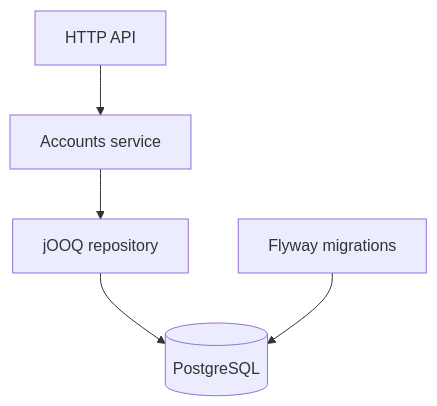
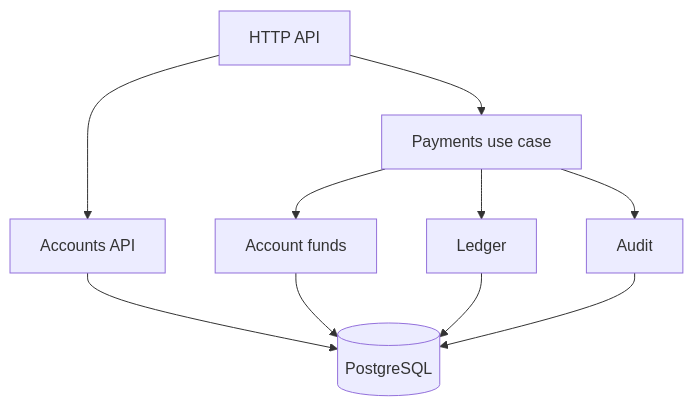
One commit to Danylo16/sentinel-payment-fraud-engine changed the diagram in README.md. Above: the diagram before and after it, drawn with Mermaid. The commit also changed other lines of this file and 28 other files, not shown here.

Commit message:
feat: add atomic payments, immutable ledger and concurrency verification

````diff
--- a/README.md
+++ b/README.md
@@ -19,7 +22,12 @@
 ```mermaid
 flowchart TD
-  HTTP[HTTP API] --> A[Accounts service]
-  A --> R[jOOQ repository]
-  R --> DB[(PostgreSQL)]
-  F[Flyway migrations] --> DB
+  API[HTTP API] --> P[Payments use case]
+  API --> A[Accounts API]
+  P --> F[Account funds]
+  P --> L[Ledger]
+  P --> U[Audit]
+  A --> DB[(PostgreSQL)]
+  F --> DB
+  L --> DB
+  U --> DB
 ```
````
